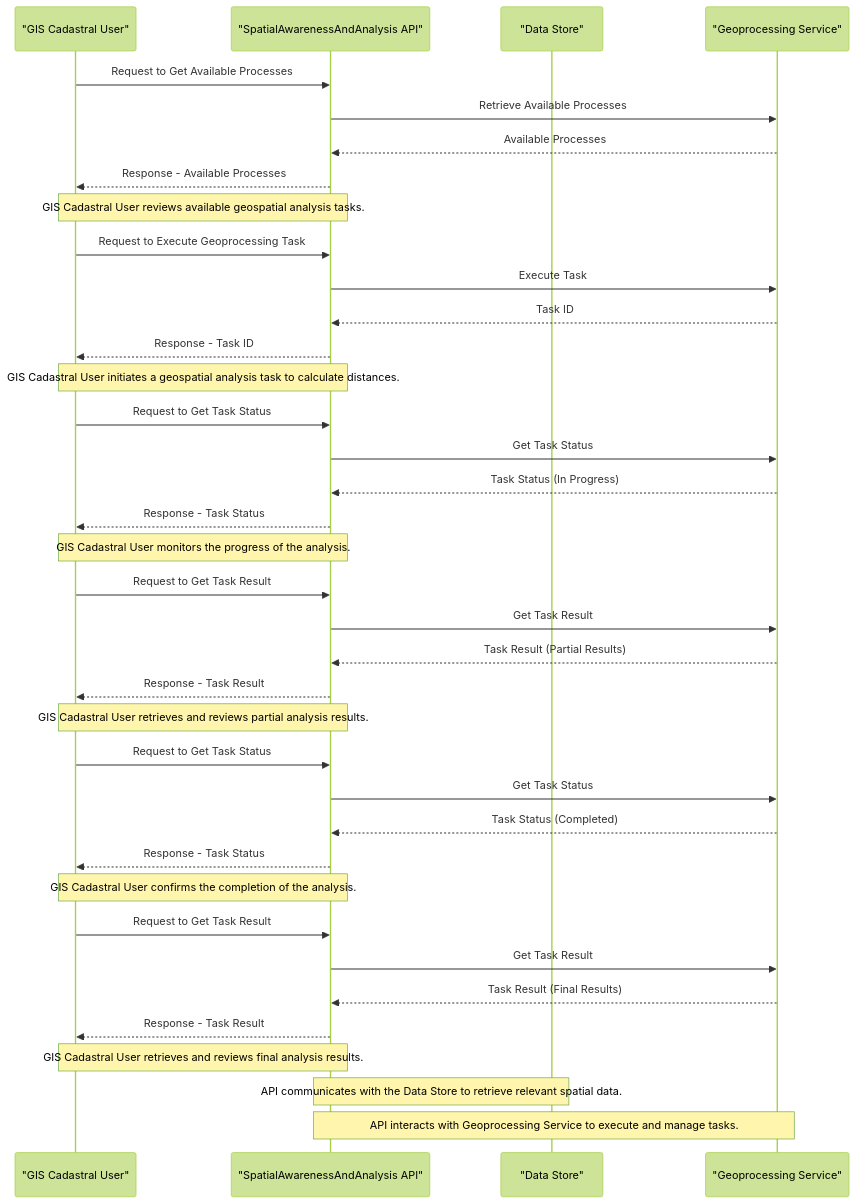
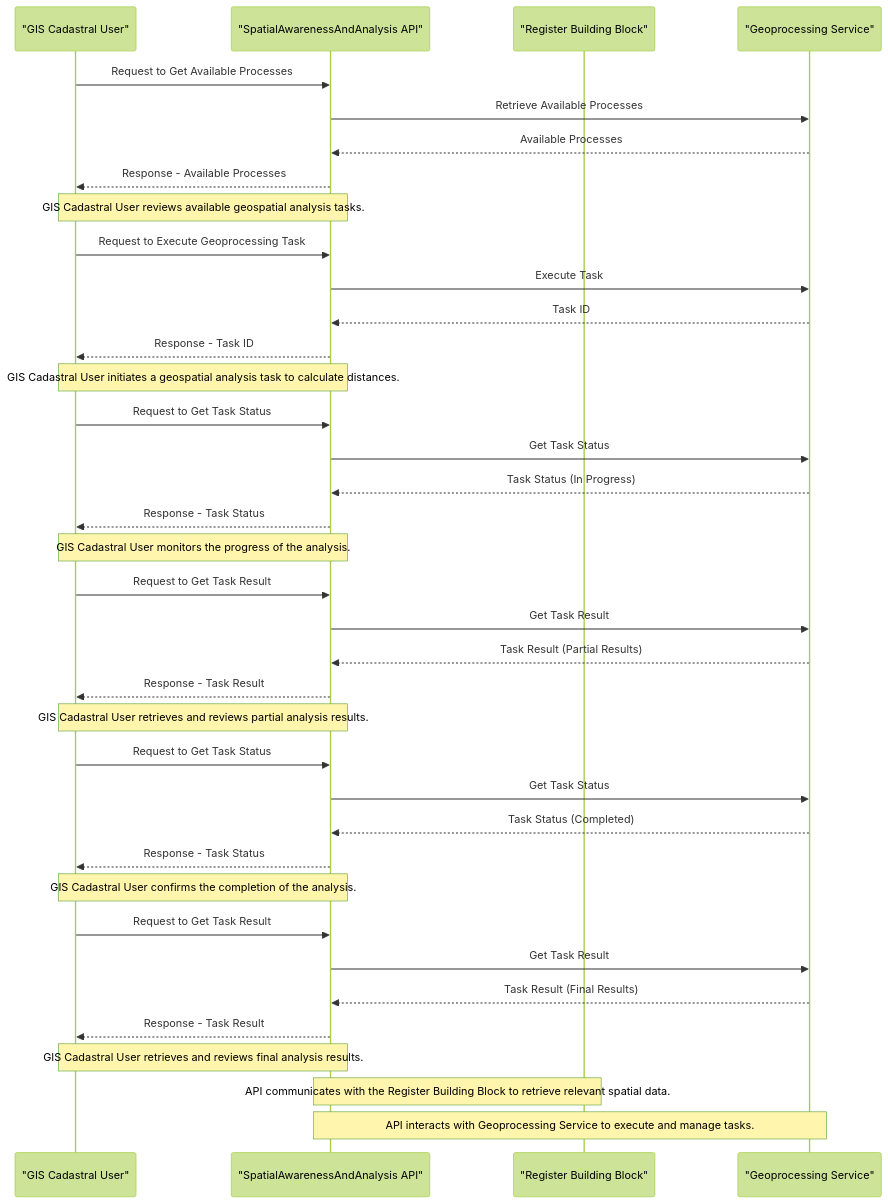
One commit to GovStackWorkingGroup/bb-gis changed diagram 12 of 18 in spec/9-workflows.md. Above: the diagram before and after it, drawn with Mermaid (forest theme). The commit also changed other lines of this file and 20 other files, not shown here.

````diff
--- a/spec/9-workflows.md
+++ b/spec/9-workflows.md
@@ -414,53 +415,53 @@
 ```mermaid
 sequenceDiagram
   participant User as "GIS Cadastral User"
   participant API as "SpatialAwarenessAndAnalysis API"
-  participant DataStore as "Data Store"
+  participant RegisterBB as "Register Building Block"
   participant GeoprocessingService as "Geoprocessing Service"
 
   User ->> API: Request to Get Available Processes
   API ->> GeoprocessingService: Retrieve Available Processes
   GeoprocessingService -->> API: Available Processes
   API -->> User: Response - Available Processes
 
   note over User, API: GIS Cadastral User reviews available geospatial analysis tasks.
 
   User ->> API: Request to Execute Geoprocessing Task
   API ->> GeoprocessingService: Execute Task
   GeoprocessingService -->> API: Task ID
   API -->> User: Response - Task ID
 
   note over User, API: GIS Cadastral User initiates a geospatial analysis task to calculate distances.
 
   User ->> API: Request to Get Task Status
   API ->> GeoprocessingService: Get Task Status
   GeoprocessingService -->> API: Task Status (In Progress)
   API -->> User: Response - Task Status
 
   note over User, API: GIS Cadastral User monitors the progress of the analysis.
 
   User ->> API: Request to Get Task Result
   API ->> GeoprocessingService: Get Task Result
   GeoprocessingService -->> API: Task Result (Partial Results)
   API -->> User: Response - Task Result
 
   note over User, API: GIS Cadastral User retrieves and reviews partial analysis results.
 
   User ->> API: Request to Get Task Status
   API ->> GeoprocessingService: Get Task Status
   GeoprocessingService -->> API: Task Status (Completed)
   API -->> User: Response - Task Status
 
   note over User, API: GIS Cadastral User confirms the completion of the analysis.
 
   User ->> API: Request to Get Task Result
   API ->> GeoprocessingService: Get Task Result
   GeoprocessingService -->> API: Task Result (Final Results)
   API -->> User: Response - Task Result
 
   note over User, API: GIS Cadastral User retrieves and reviews final analysis results.
 
-  note over API, DataStore: API communicates with the Data Store to retrieve relevant spatial data.
+  note over API, RegisterBB: API communicates with the Register Building Block to retrieve relevant spatial data.
   note over API, GeoprocessingService: API interacts with Geoprocessing Service to execute and manage tasks.
 
 ```
````
